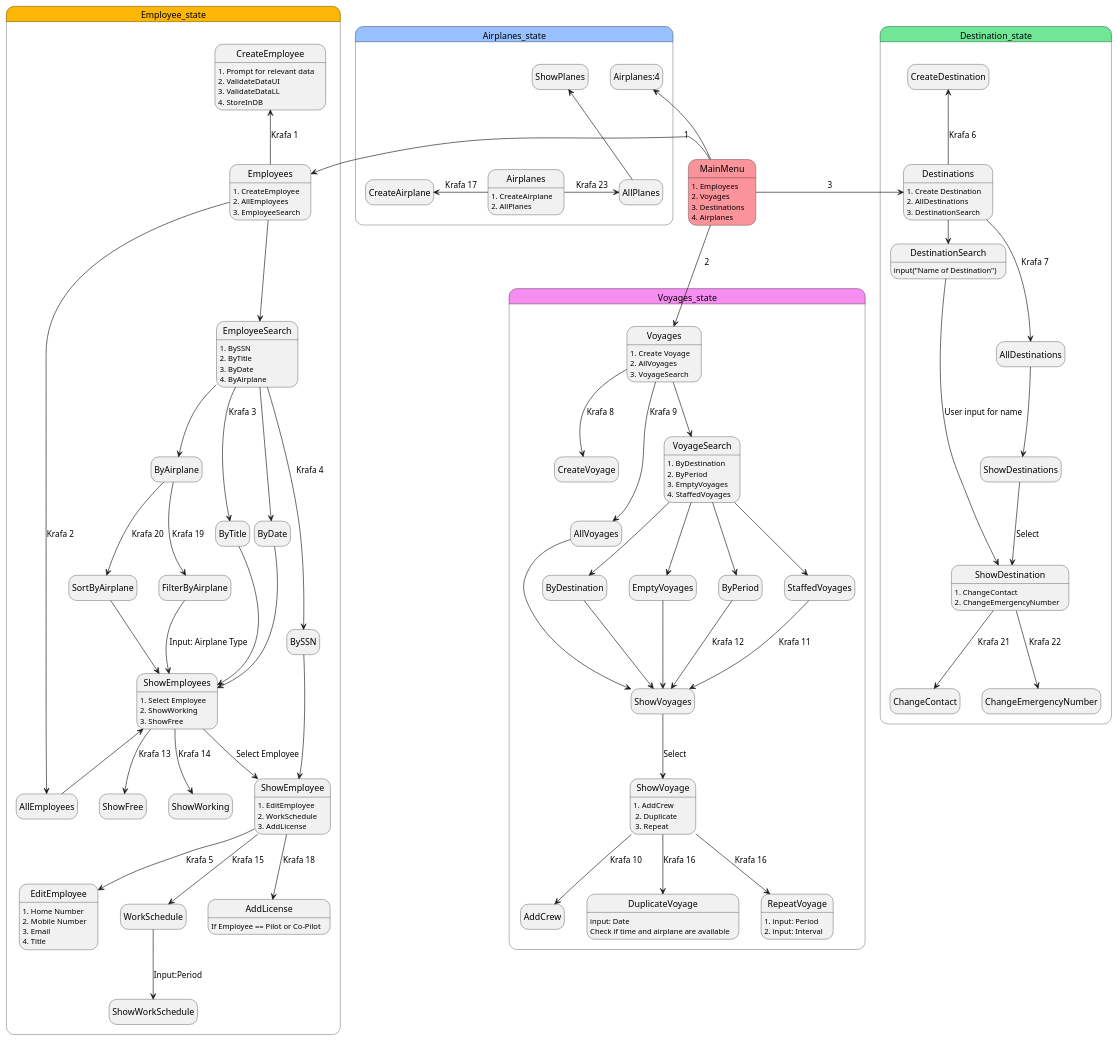
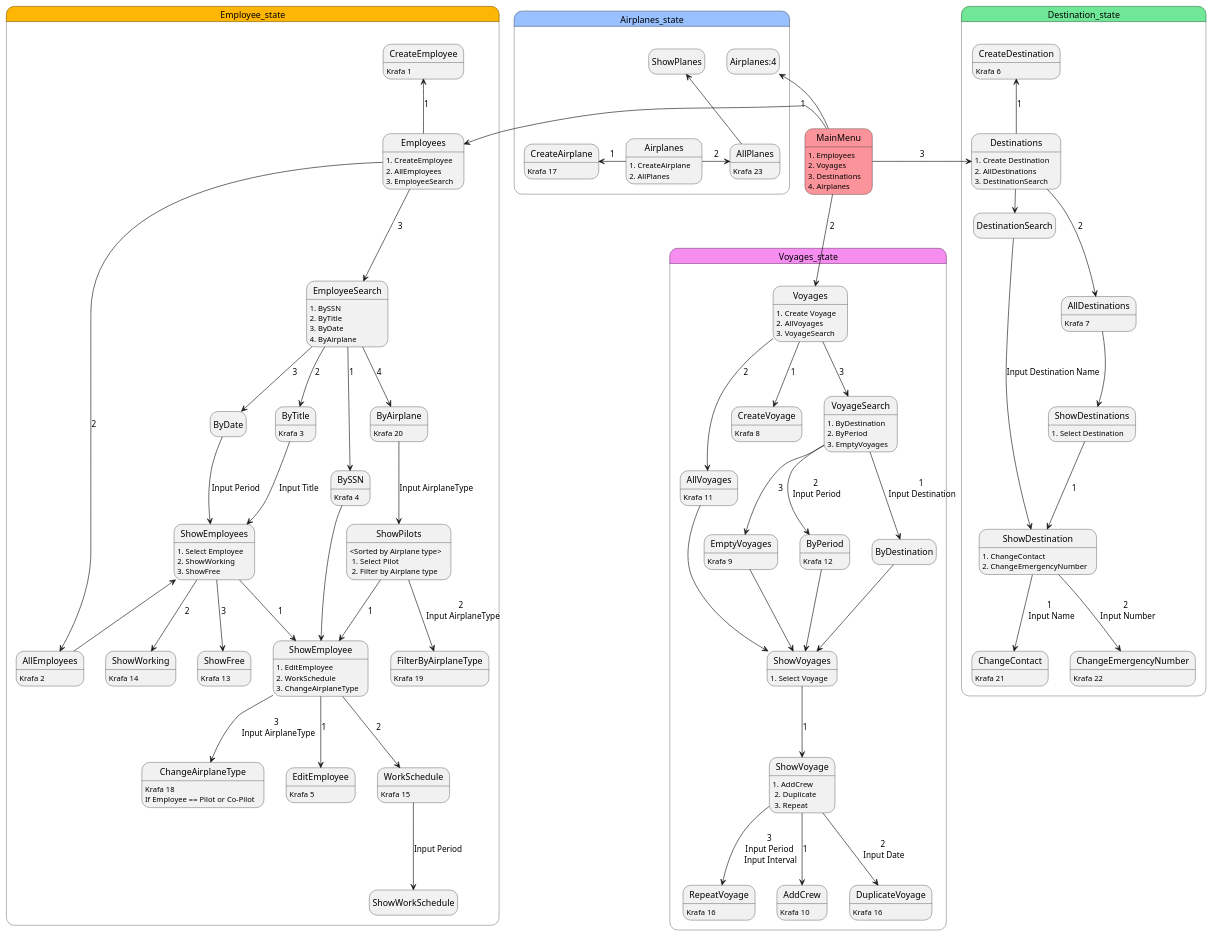
One commit to irmalexandra/vln1_chuck_nan changed the diagram in state_diagrams/UI_State_Diagram.puml. Above: the diagram before and after it, drawn with PlantUML.

Commit message:
"updated"

```diff
--- a/state_diagrams/UI_State_Diagram.puml
+++ b/state_diagrams/UI_State_Diagram.puml
@@ -1,98 +1,131 @@
 @startuml UI_states
 hide empty description
 MainMenu: 1. Employees \n2. Voyages \n3. Destinations \n4. Airplanes
 
 state Employee_state #fcb603{
 
     MainMenu #fa939a -Left-> Employees: 1
     Employees: 1. CreateEmployee \n2. AllEmployees \n3. EmployeeSearch
-    Employees -up-> CreateEmployee: Krafa 1
-    CreateEmployee: 1. Prompt for relevant data \n2. ValidateDataUI \n3. ValidateDataLL\n4. StoreInDB
-    Employees -up-> AllEmployees: Krafa 2
+    Employees -up-> CreateEmployee: 1
+    CreateEmployee: Krafa 1
+    Employees -up-> AllEmployees: 2
+    AllEmployees: Krafa 2
     AllEmployees -up-> ShowEmployees
-    Employees -down-> EmployeeSearch
-    EmployeeSearch --> ByTitle: Krafa 3
-    ByTitle --> ShowEmployees
+    EmployeeSearch: 1. BySSN\n2. ByTitle\n3. ByDate\n4. ByAirplane
+    Employees -down-> EmployeeSearch :3
+    EmployeeSearch --> ByTitle: 2
+    ByTitle: Krafa 3
+    ByTitle --> ShowEmployees: Input Title
+    EmployeeSearch --> ByDate: 3
+    ByDate --> ShowEmployees: Input Period
+    EmployeeSearch --> BySSN: 1
+    BySSN: Krafa 4
+    BySSN --> ShowEmployee
+    EmployeeSearch --> ByAirplane: 4
+    ByAirplane --> ShowPilots: Input AirplaneType
+    ByAirplane: Krafa 20
+    ShowPilots: <Sorted by Airplane type>\n 1. Select Pilot\n 2. Filter by Airplane type 
+    ShowPilots --> ShowEmployee: 1
+    ShowPilots --> FilterByAirplaneType: 2 \n Input AirplaneType
+    FilterByAirplaneType: Krafa 19
     ShowEmployees: 1. Select Employee \n2. ShowWorking \n3. ShowFree
-    EmployeeSearch --> BySSN: Krafa 4
-    BySSN --> ShowEmployee
-    ShowEmployee: 1. EditEmployee \n2. WorkSchedule\n3. AddLicense
-    ShowEmployee --> EditEmployee: Krafa 5
-    EditEmployee: 1. Home Number \n2. Mobile Number \n3. Email \n4. Title
-    ShowEmployee --> WorkSchedule: Krafa 15
-    WorkSchedule --> ShowWorkSchedule: Input:Period
-    EmployeeSearch --> ByDate
-    ByDate --> ShowEmployees
-    EmployeeSearch --> ByAirplane
-    ByAirplane --> SortByAirplane: Krafa 20
-    ByAirplane --> FilterByAirplane: Krafa 19
-    SortByAirplane --> ShowEmployees
-    FilterByAirplane --> ShowEmployees: Input: Airplane Type
-    EmployeeSearch: 1. BySSN\n2. ByTitle\n3. ByDate\n4. ByAirplane
-
-
-    ShowEmployees --> ShowFree: Krafa 13
-    ShowEmployees --> ShowWorking: Krafa 14
-    ShowEmployees --> ShowEmployee: Select Employee
-    ShowEmployee --> AddLicense: Krafa 18
-    AddLicense: If Employee == Pilot or Co-Pilot
+    ShowEmployees --> ShowFree: 3
+    ShowFree: Krafa 13
+    ShowEmployees --> ShowWorking: 2
+    ShowWorking: Krafa 14
+    ShowEmployees --> ShowEmployee: 1
+    ShowEmployee: 1. EditEmployee \n2. WorkSchedule\n3. ChangeAirplaneType
+    ShowEmployee --> EditEmployee: 1
+    EditEmployee: Krafa 5
+    ShowEmployee --> WorkSchedule: 2
+    WorkSchedule: Krafa 15
+    ShowEmployee --> ChangeAirplaneType: 3 \n Input AirplaneType
+    ChangeAirplaneType: Krafa 18
+    WorkSchedule --> ShowWorkSchedule: Input Period
+    ChangeAirplaneType: If Employee == Pilot or Co-Pilot
 
 }
 
 
 state Voyages_state #f58ef0{
     MainMenu -Down-> Voyages: 2
     Voyages: 1. Create Voyage \n2. AllVoyages \n3. VoyageSearch
-    Voyages --> CreateVoyage: Krafa 8
-    Voyages --> AllVoyages: Krafa 9
+    
+    Voyages --> CreateVoyage: 1
+    CreateVoyage: Krafa 8
+    
+    Voyages --> AllVoyages: 2
+    AllVoyages: Krafa 11
     AllVoyages --> ShowVoyages
-    Voyages --> VoyageSearch
-    VoyageSearch: 1. ByDestination \n2. ByPeriod \n3. EmptyVoyages \n4. StaffedVoyages
-    VoyageSearch --> ByDestination
-    VoyageSearch --> EmptyVoyages
-    VoyageSearch --> ByPeriod
+    
+    Voyages --> VoyageSearch: 3
+    
+    VoyageSearch: 1. ByDestination \n2. ByPeriod \n3. EmptyVoyages
+    
+    VoyageSearch --> ByDestination: 1 \nInput Destination
     ByDestination --> ShowVoyages
-    StaffedVoyages --> ShowVoyages: Krafa 11
 
+    VoyageSearch --> EmptyVoyages: 3
+    EmptyVoyages: Krafa 9
     EmptyVoyages --> ShowVoyages
-    ByPeriod --> ShowVoyages: Krafa 12
-    ShowVoyages --> ShowVoyage: Select
+
+    VoyageSearch --> ByPeriod: 2 \nInput Period
+    ByPeriod: Krafa 12
+    ByPeriod --> ShowVoyages
+    
+    ShowVoyages: 1. Select Voyage
+    ShowVoyages --> ShowVoyage: 1
+    
     ShowVoyage: 1. AddCrew\n 2. Duplicate\n 3. Repeat
-    ShowVoyage --> AddCrew: Krafa 10
-    VoyageSearch --> StaffedVoyages
-    ShowVoyage --> DuplicateVoyage: Krafa 16
-    DuplicateVoyage: input: Date \nCheck if time and airplane are available
-    ShowVoyage --> RepeatVoyage: Krafa 16
-    RepeatVoyage: 1. input: Period \n2. input: Interval
-
+    
+    ShowVoyage --> AddCrew: 1
+    AddCrew: Krafa 10
+    
+    ShowVoyage --> DuplicateVoyage: 2 \nInput Date
+    DuplicateVoyage: Krafa 16
+    
+    ShowVoyage --> RepeatVoyage: 3 \nInput Period \nInput Interval
+    RepeatVoyage: Krafa 16
 
 }
 
 state Destination_state #70e697{
     MainMenu -Right-> Destinations: 3
+    
     Destinations:1. Create Destination \n2. AllDestinations \n3. DestinationSearch
-    Destinations -up-> CreateDestination: Krafa 6
-    Destinations -down-> AllDestinations: Krafa 7
-    ShowDestinations --> ShowDestination: Select
+    Destinations -up-> CreateDestination: 1
+    CreateDestination: Krafa 6
+    
+    Destinations -down-> AllDestinations: 2
+    AllDestinations: Krafa 7
+    
+    Destinations -right-> DestinationSearch
+    DestinationSearch --> ShowDestination: Input Destination Name
+    
     AllDestinations --> ShowDestinations
-    Destinations -right-> DestinationSearch
-    DestinationSearch: input("Name of Destination")
-    DestinationSearch --> ShowDestination: User input for name
+    ShowDestinations: 1. Select Destination
+    ShowDestinations --> ShowDestination: 1
+    
     ShowDestination: 1. ChangeContact \n2. ChangeEmergencyNumber
-    ShowDestination --> ChangeContact: Krafa 21
-    ShowDestination --> ChangeEmergencyNumber: Krafa 22
-
+    ShowDestination --> ChangeContact: 1 \n Input Name
+    ChangeContact: Krafa 21
+    ShowDestination --> ChangeEmergencyNumber: 2 \n Input Number
+    ChangeEmergencyNumber: Krafa 22
 }
 
 state Airplanes_state #99c0ff{
     MainMenu -up-> Airplanes:4 
     Airplanes: 1. CreateAirplane \n2. AllPlanes
-    Airplanes -left-> CreateAirplane: Krafa 17
-    Airplanes -right-> AllPlanes: Krafa 23
+    Airplanes -left-> CreateAirplane: 1
+    CreateAirplane: Krafa 17
+
+    Airplanes -right-> AllPlanes: 2
+    AllPlanes: Krafa 23
     AllPlanes -up-> ShowPlanes
+
     
     
 
 }
 
 @enduml
```
